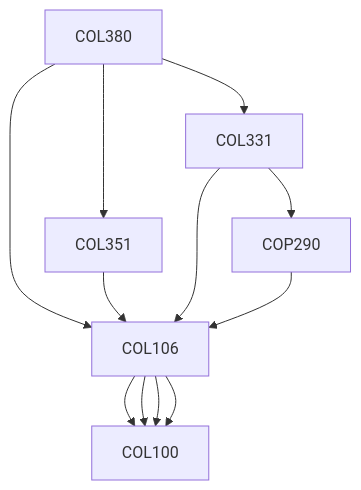
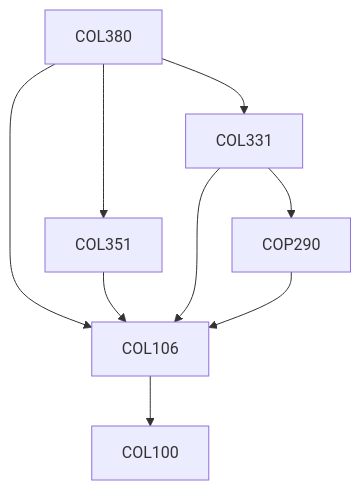
The diagram in content/Computer Science and Engineering/COL380.md (KeshavBansal0122/CoS_Website), drawn with Mermaid before and after one commit. The commit also changed other lines of this file and 2667 other files, not shown here.

````diff
--- a/content/Computer Science and Engineering/COL380.md
+++ b/content/Computer Science and Engineering/COL380.md
@@ -17,14 +15,15 @@
 ```mermaid
-graph TD
-COL380 --> COL106
-COL106 --> COL100
-COL380 --> COL351
-COL351 --> COL106
-COL106 --> COL100
-COL380 --> COL331
-COL331 --> COL106
-COL106 --> COL100
-COL331 --> COP290
-COP290 --> COL106
-COL106 --> COL100
+flowchart TD
+COL380-187[COL380]
+COL380-187 --> COL106-187[COL106]
+COL351-187 --> COL106-187[COL106]
+COL380-187 --> COL351-187[COL351]
+COL331-187 --> COP290-187[COP290]
+COL331-187 --> COL106-187[COL106]
+COL106-187 --> COL100-187[COL100]
+COL380-187 --> COL331-187[COL331]
+COP290-187 --> COL106-187[COL106]
+
+classDef empty height:17px, fill:transparent, stroke:transparent;
+classDef trueEmpty height:0px, width:0px;
 ```
````
